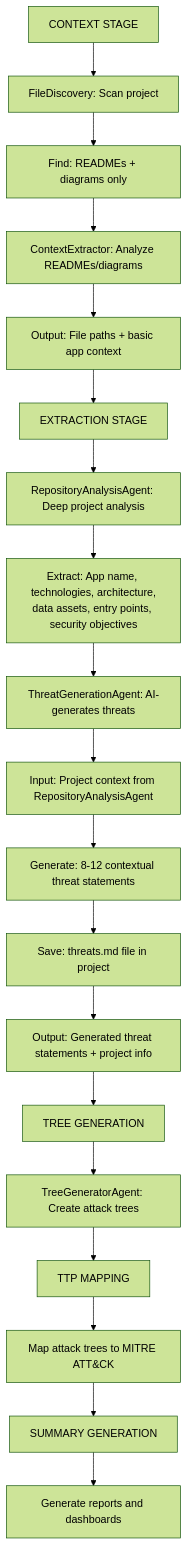
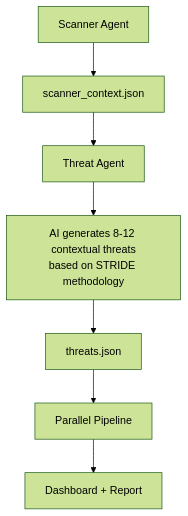
One commit to aws-samples/sample-agentic-attack-tree-generator changed the third of 4 diagrams in docs/how-it-works/phases.md. Above: the diagram before and after it, drawn with Mermaid (forest theme). The commit also changed other lines of this file and 21 other files, not shown here.

````diff
--- a/docs/how-it-works/phases.md
+++ b/docs/how-it-works/phases.md
@@ -78,25 +50,9 @@
 ```mermaid
 graph TD
-    A[CONTEXT STAGE] --> B[FileDiscovery: Scan project]
-    B --> C[Find: READMEs + diagrams only]
-    C --> D[ContextExtractor: Analyze READMEs/diagrams]
-    D --> E[Output: File paths + basic app context]
-    
-    E --> F[EXTRACTION STAGE]
-    F --> G[RepositoryAnalysisAgent: Deep project analysis]
-    G --> H[Extract: App name, technologies, architecture,<br/>data assets, entry points, security objectives]
-    H --> I[ThreatGenerationAgent: AI-generates threats]
-    I --> J[Input: Project context from RepositoryAnalysisAgent]
-    J --> K[Generate: 8-12 contextual threat statements]
-    K --> L[Save: threats.md file in project]
-    L --> M[Output: Generated threat statements + project info]
-    
-    M --> N[TREE GENERATION]
-    N --> O[TreeGeneratorAgent: Create attack trees]
-    
-    O --> P[TTP MAPPING]
-    P --> Q[Map attack trees to MITRE ATT&CK]
-    
-    Q --> R[SUMMARY GENERATION]
-    R --> S[Generate reports and dashboards]
+    A[Scanner Agent] --> B[scanner_context.json]
+    B --> C[Threat Agent]
+    C --> D[AI generates 8-12 contextual threats\nbased on STRIDE methodology]
+    D --> E[threats.json]
+    E --> F[Parallel Pipeline]
+    F --> G[Dashboard + Report]
 ```
````
